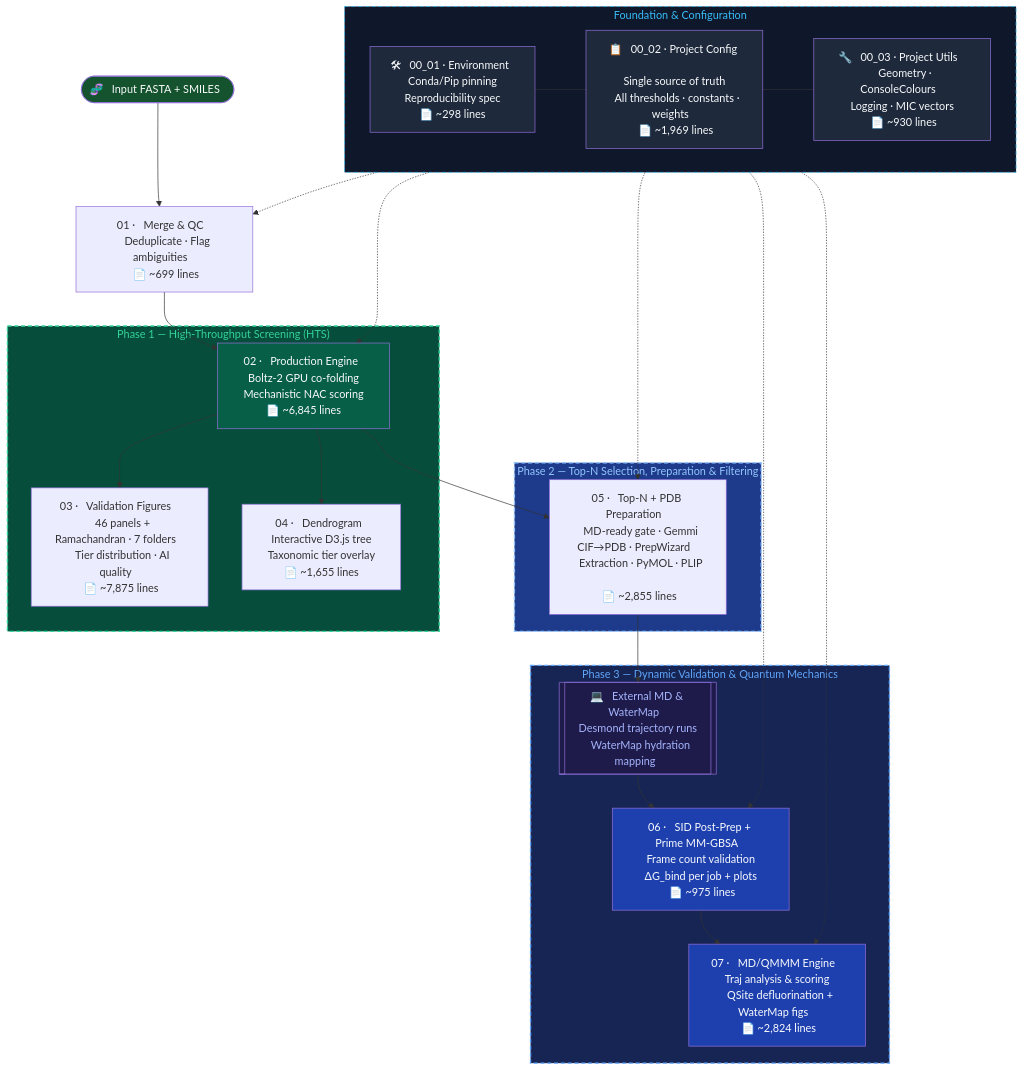
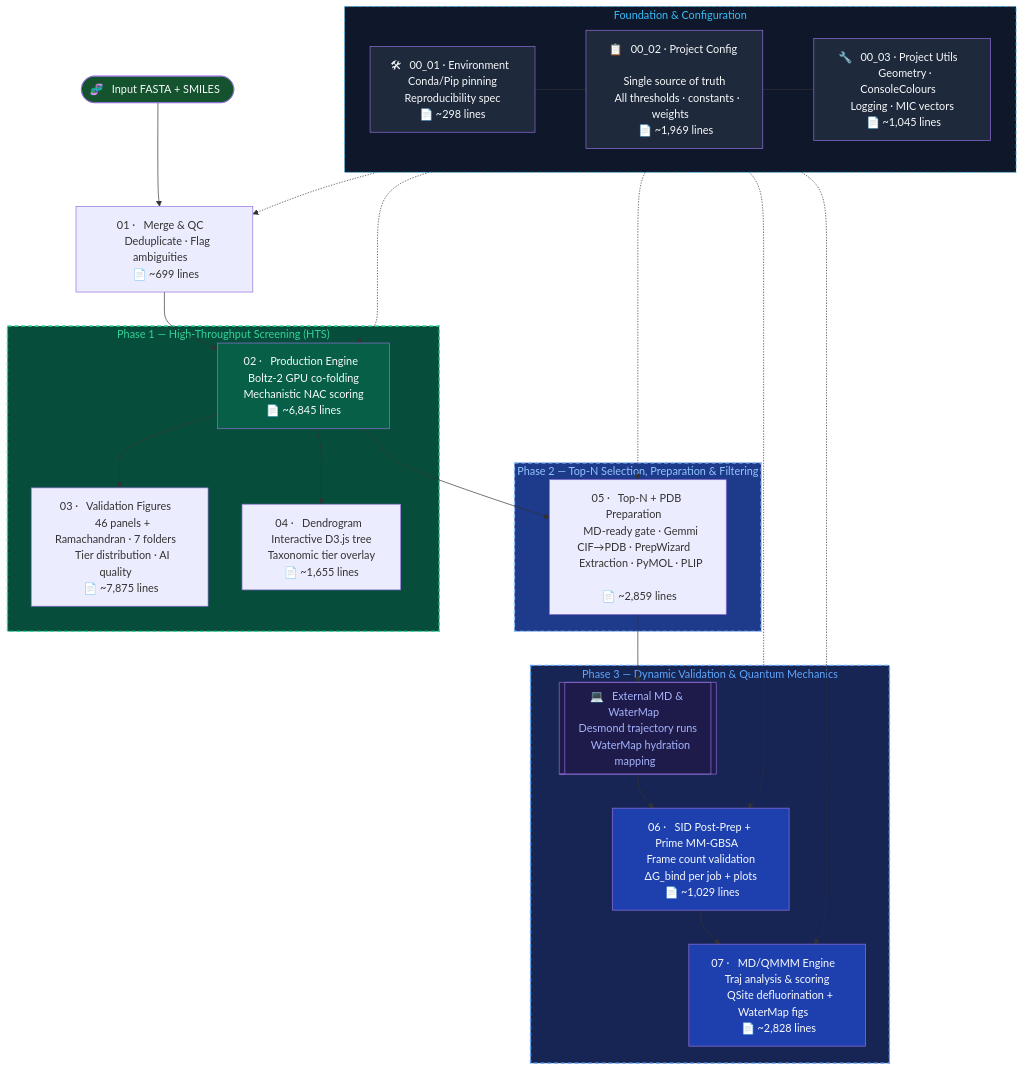
Before and after one commit to KU-MGB/DeFluorX: the diagram in README.md, drawn with Mermaid. The commit also changed 5 other files, not shown here.

````diff
--- a/README.md
+++ b/README.md
@@ -189,56 +189,56 @@
 ```mermaid
 flowchart TD
     subgraph FOUNDATION["  Foundation & Configuration  "]
         ENV["🛠 &nbsp; 00_01 · Environment &nbsp; \n &nbsp; Conda/Pip pinning &nbsp; \n &nbsp; Reproducibility spec &nbsp; \n &nbsp; 📄 ~298 lines &nbsp; "]
         CFG["📋 &nbsp; 00_02 · Project Config &nbsp; \n &nbsp; Single source of truth &nbsp; \n &nbsp; All thresholds · constants · weights &nbsp; \n &nbsp; 📄 ~1,969 lines &nbsp; "]
-        UTL["🔧 &nbsp; 00_03 · Project Utils &nbsp; \n &nbsp; Geometry · ConsoleColours &nbsp; \n &nbsp; Logging · MIC vectors &nbsp; \n &nbsp; 📄 ~930 lines &nbsp; "]
+        UTL["🔧 &nbsp; 00_03 · Project Utils &nbsp; \n &nbsp; Geometry · ConsoleColours &nbsp; \n &nbsp; Logging · MIC vectors &nbsp; \n &nbsp; 📄 ~1,045 lines &nbsp; "]
         ENV --- CFG --- UTL
     end
 
     START([🧬 &nbsp; Input FASTA + SMILES &nbsp;]) --> M1
     M1["01 · &nbsp; Merge & QC &nbsp; \n &nbsp; Deduplicate · Flag ambiguities &nbsp; \n &nbsp; 📄 ~699 lines &nbsp; "] --> M2
 
     subgraph PHASE1["  Phase 1 — High-Throughput Screening (HTS)  "]
         M2["02 · &nbsp; Production Engine &nbsp; \n &nbsp; Boltz-2 GPU co-folding &nbsp; \n &nbsp; Mechanistic NAC scoring &nbsp; \n &nbsp; 📄 ~6,845 lines &nbsp; "]
         M3["03 · &nbsp; Validation Figures &nbsp; \n &nbsp; 46 panels + Ramachandran · 7 folders &nbsp; \n &nbsp; Tier distribution · AI quality &nbsp; \n &nbsp; 📄 ~7,875 lines &nbsp; "]
         M4["04 · &nbsp; Dendrogram &nbsp; \n &nbsp; Interactive D3.js tree &nbsp; \n &nbsp; Taxonomic tier overlay &nbsp; \n &nbsp; 📄 ~1,655 lines &nbsp; "]
         M2 --> M3
         M2 --> M4
     end
 
     M2 --> M5
 
     subgraph PHASE2["  Phase 2 — Top-N Selection, Preparation & Filtering  "]
-        M5["05 · &nbsp; Top-N + PDB Preparation &nbsp; \n &nbsp; MD-ready gate · Gemmi CIF→PDB · PrepWizard &nbsp; \n &nbsp; Extraction · PyMOL · PLIP &nbsp; \n &nbsp; 📄 ~2,855 lines &nbsp; "]
+        M5["05 · &nbsp; Top-N + PDB Preparation &nbsp; \n &nbsp; MD-ready gate · Gemmi CIF→PDB · PrepWizard &nbsp; \n &nbsp; Extraction · PyMOL · PLIP &nbsp; \n &nbsp; 📄 ~2,859 lines &nbsp; "]
     end
 
     M5 --> EXT_MD
 
     subgraph PHASE3["  Phase 3 — Dynamic Validation & Quantum Mechanics  "]
         EXT_MD[["💻 &nbsp; External MD & WaterMap &nbsp; \n &nbsp; Desmond trajectory runs &nbsp; \n &nbsp; WaterMap hydration mapping &nbsp;"]]
-        M6["06 · &nbsp; SID Post-Prep + Prime MM-GBSA &nbsp; \n &nbsp; Frame count validation &nbsp; \n &nbsp; ΔG_bind per job + plots &nbsp; \n &nbsp; 📄 ~975 lines &nbsp; "]
-        M7["07 · &nbsp; MD/QMMM Engine &nbsp; \n &nbsp; Traj analysis & scoring &nbsp; \n &nbsp; QSite defluorination + WaterMap figs &nbsp; \n &nbsp; 📄 ~2,824 lines &nbsp; "]
+        M6["06 · &nbsp; SID Post-Prep + Prime MM-GBSA &nbsp; \n &nbsp; Frame count validation &nbsp; \n &nbsp; ΔG_bind per job + plots &nbsp; \n &nbsp; 📄 ~1,029 lines &nbsp; "]
+        M7["07 · &nbsp; MD/QMMM Engine &nbsp; \n &nbsp; Traj analysis & scoring &nbsp; \n &nbsp; QSite defluorination + WaterMap figs &nbsp; \n &nbsp; 📄 ~2,828 lines &nbsp; "]
         EXT_MD --> M6 --> M7
     end
 
     %% Dependencies
     FOUNDATION -.-> M1
     FOUNDATION -.-> M2
     FOUNDATION -.-> M5
     FOUNDATION -.-> M6
     FOUNDATION -.-> M7
 
     style FOUNDATION fill:#0f172a,color:#38bdf8,stroke:#38bdf8
     style CFG fill:#1e293b,color:#f8fafc
     style UTL fill:#1e293b,color:#f8fafc
     style ENV fill:#1e293b,color:#f8fafc
     style PHASE1 fill:#064e3b,color:#34d399,stroke:#34d399,stroke-width:2px,stroke-dasharray: 6 4
     style PHASE2 fill:#1e3a8a,color:#93c5fd,stroke:#93c5fd,stroke-width:2px,stroke-dasharray: 6 4
     style PHASE3 fill:#172554,color:#60a5fa,stroke:#60a5fa,stroke-width:2px,stroke-dasharray: 6 4
     style FOUNDATION stroke-dasharray: 6 4
     style M2 fill:#065f46,color:#f8fafc
     style M6 fill:#1e40af,color:#f8fafc
     style M7 fill:#1e40af,color:#f8fafc
     style START fill:#14532d,color:#f8fafc
     style EXT_MD fill:#1e1b4b,color:#a5b4fc
 ```
````
